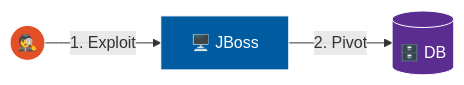
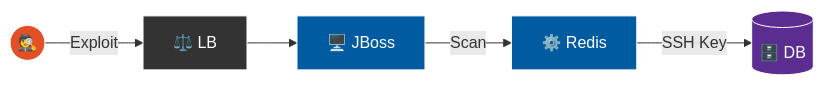
Before and after one commit to HamaPr/HamaPr.github.io: the first of 2 diagrams in _posts/cyberkillchain/2025-12-30-CKC-Legacy-Service-Pivot.md, drawn with Mermaid. The commit also changed other lines of this file and 2 other files, not shown here.

````diff
--- a/_posts/cyberkillchain/2025-12-30-CKC-Legacy-Service-Pivot.md
+++ b/_posts/cyberkillchain/2025-12-30-CKC-Legacy-Service-Pivot.md
@@ -80,9 +80,13 @@
 ```mermaid
 flowchart LR
-    A(("🕵️")) -->|1. Exploit| W["🖥️ JBoss"]
-    W -->|2. Pivot| D[("🗄️ DB")]
+    A(("🕵️")) -->|Exploit| LB["⚖️ LB"]
+    LB --> W["🖥️ JBoss"]
+    W -->|Scan| R["⚙️ Redis"]
+    R -->|SSH Key| D[("🗄️ DB")]
 
     style A fill:#E34F26,stroke:#fff,color:#fff
+    style LB fill:#333,stroke:#fff,color:#fff
     style W fill:#005BA1,stroke:#fff,color:#fff
+    style R fill:#005BA1,stroke:#fff,color:#fff
     style D fill:#5C2D91,stroke:#fff,color:#fff
 ```
````
